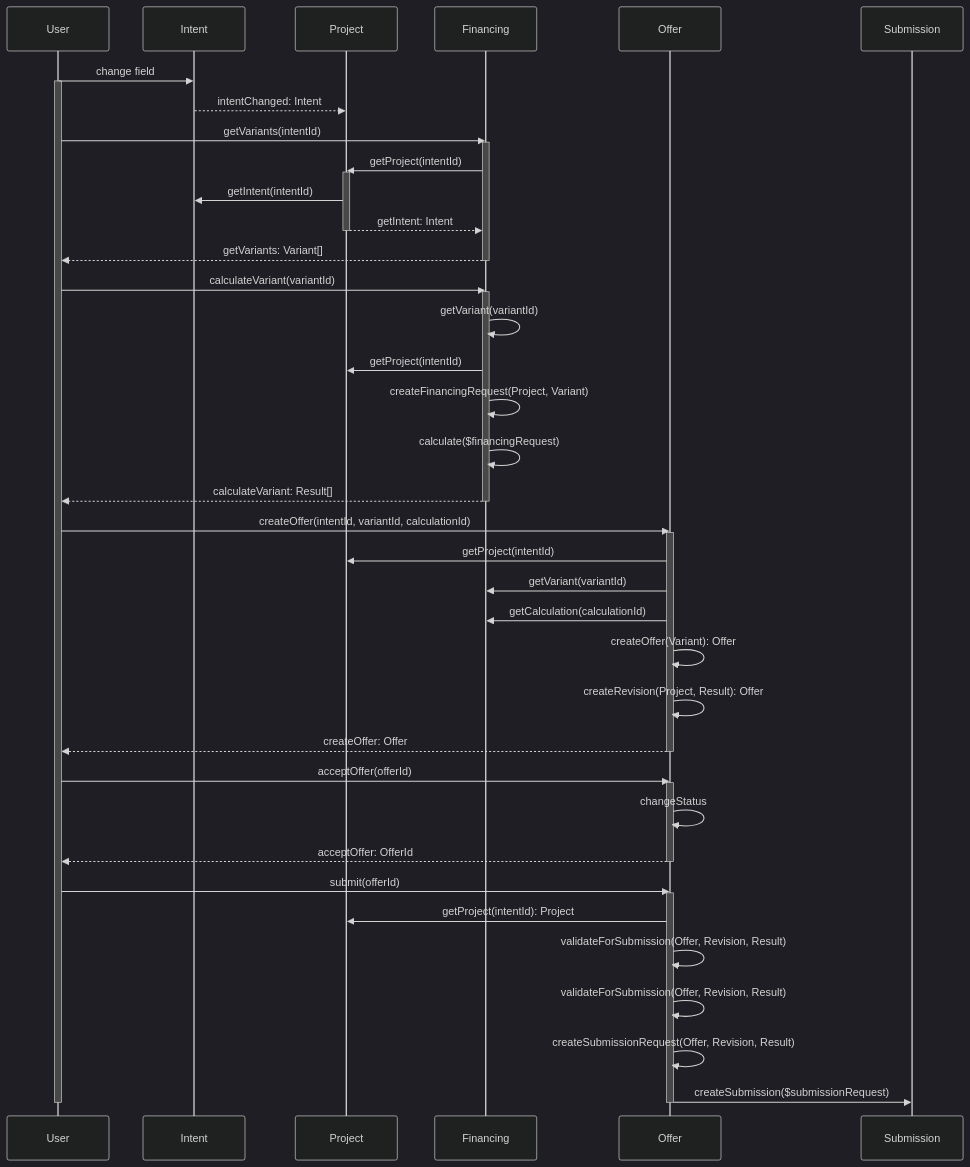
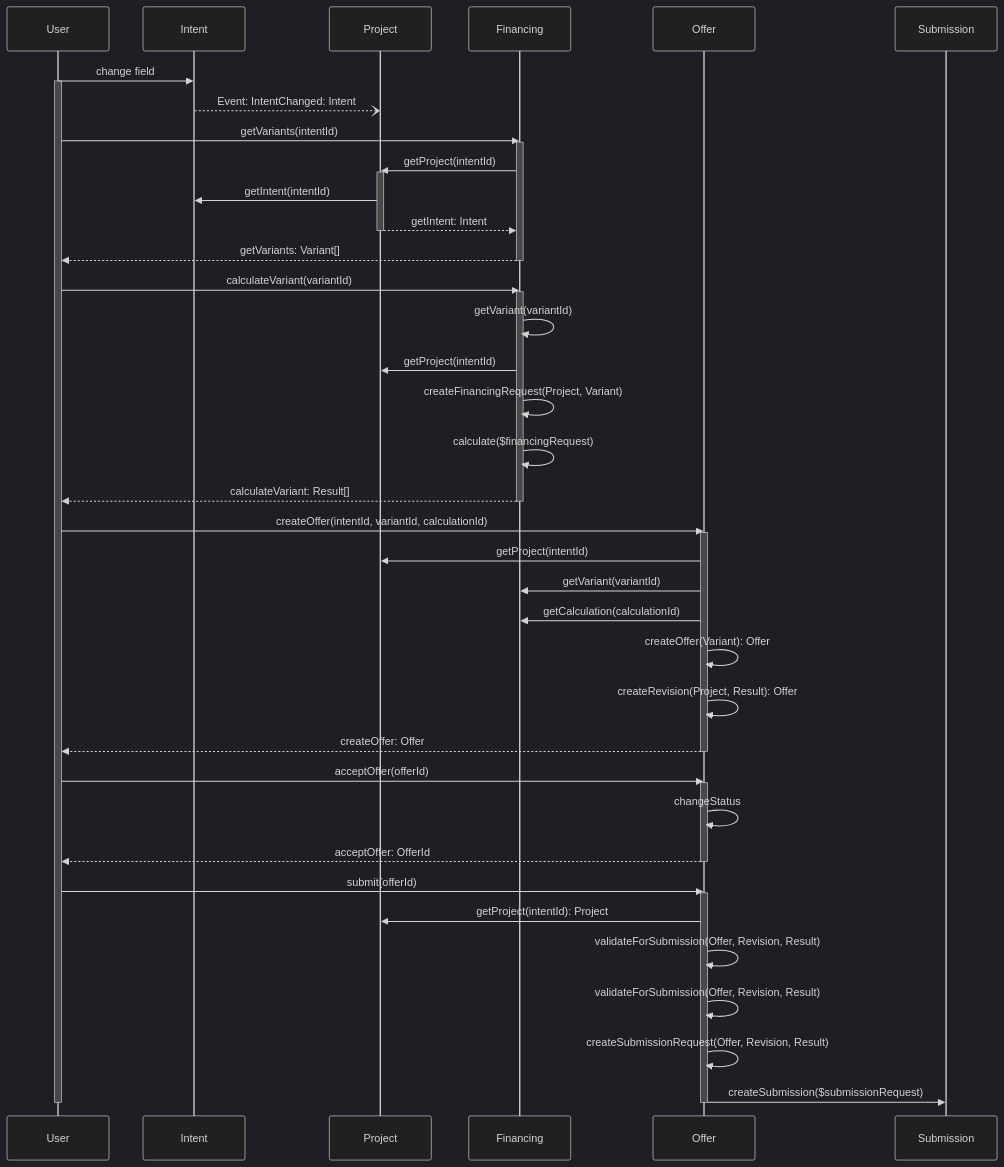
One commit to dplantera/ts-modules changed the diagram in packages/arch/diagrams/usecas/1_containter/sequence_v0.mmd. Above: the diagram before and after it, drawn with Mermaid (dark theme). The commit also changed 2 other files, not shown here.

```diff
--- a/packages/arch/diagrams/usecas/1_containter/sequence_v0.mmd
+++ b/packages/arch/diagrams/usecas/1_containter/sequence_v0.mmd
@@ -1,45 +1,45 @@
 %%@formatter:off
 sequenceDiagram
     User ->> Intent: change field
     activate User
-        Intent -->> Project: intentChanged: Intent
+        Intent --) Project: Event: IntentChanged: Intent
         User ->> Financing: getVariants(intentId)
         activate Financing
             Financing ->> Project: getProject(intentId)
             activate Project
                 Project ->> Intent: getIntent(intentId)
                 Project -->> Financing: getIntent: Intent
             deactivate Project
             Financing -->> User: getVariants: Variant[]
         deactivate Financing
         User ->> Financing: calculateVariant(variantId)
         activate Financing
             Financing ->> Financing: getVariant(variantId)
             Financing ->> Project: getProject(intentId)
             Financing ->> Financing: createFinancingRequest(Project, Variant)
             Financing ->> Financing: calculate($financingRequest)
             Financing -->> User: calculateVariant: Result[]
         deactivate Financing
         User ->> Offer: createOffer(intentId, variantId, calculationId)
         activate Offer
             Offer ->> Project: getProject(intentId)
             Offer ->> Financing: getVariant(variantId)
             Offer ->> Financing: getCalculation(calculationId)
             Offer ->> Offer: createOffer(Variant): Offer
             Offer ->> Offer: createRevision(Project, Result): Offer
             Offer -->> User: createOffer: Offer
         deactivate Offer
         User ->> Offer: acceptOffer(offerId)
         activate Offer
             Offer ->> Offer: changeStatus
             Offer -->> User: acceptOffer: OfferId
         deactivate Offer
         User ->> Offer: submit(offerId)
         activate Offer
             Offer ->> Project: getProject(intentId): Project
             Offer ->> Offer: validateForSubmission(Offer, Revision, Result)
             Offer ->> Offer: validateForSubmission(Offer, Revision, Result)
             Offer ->> Offer: createSubmissionRequest(Offer, Revision, Result)
             Offer ->> Submission: createSubmission($submissionRequest)
         deactivate Offer
     deactivate User
```
